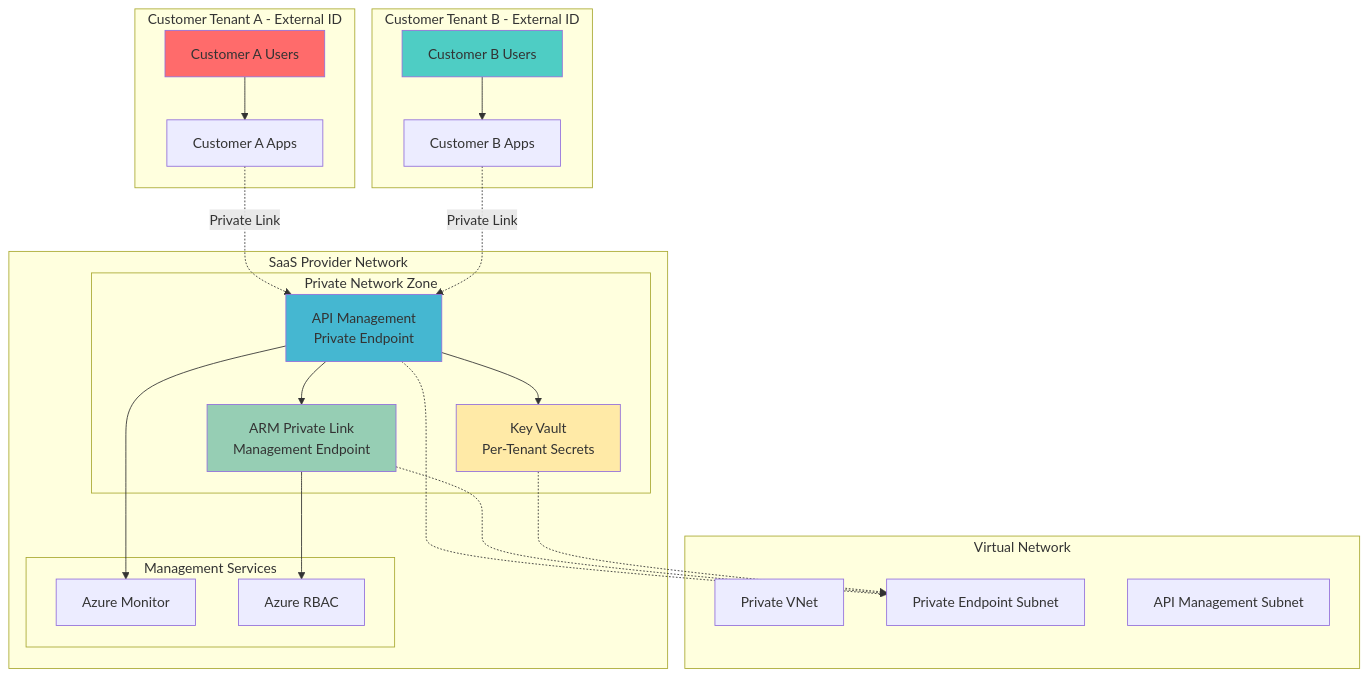
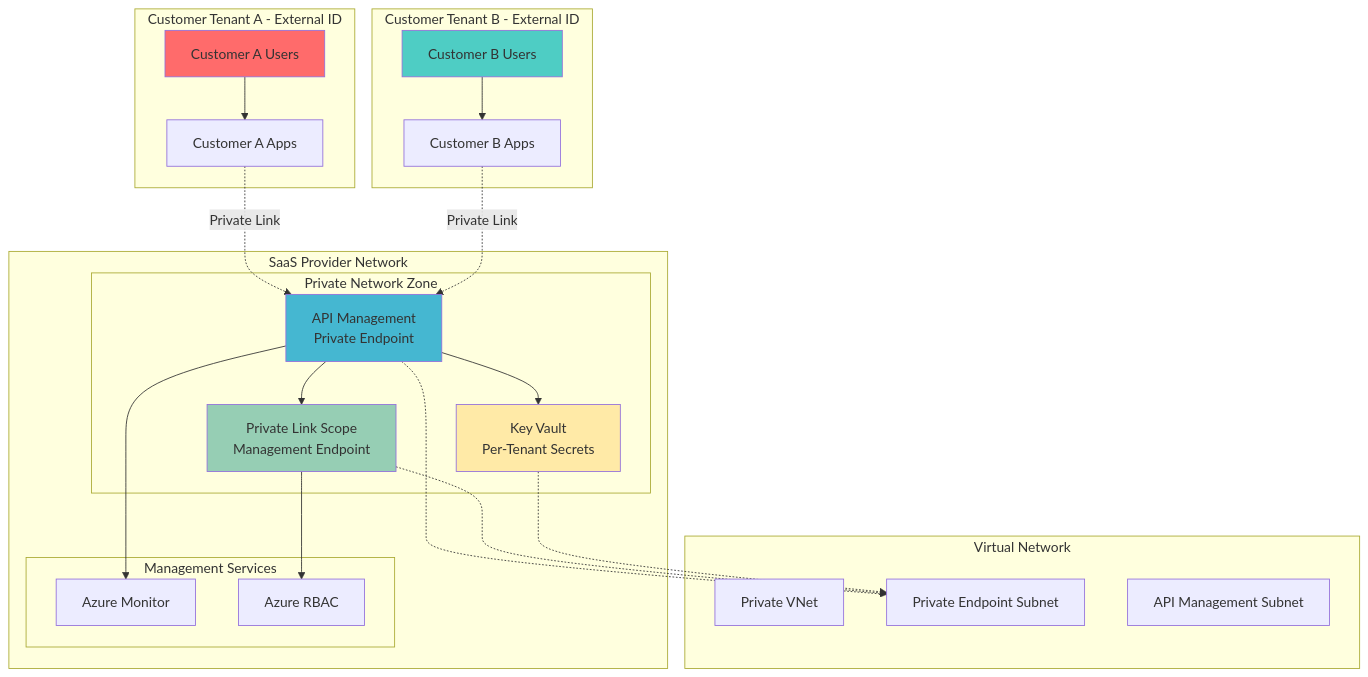
The diagram in azure/secure-multi-tenant-identity-isolation/secure-multi-tenant-identity-isolation.md (mzazon/awesome-cloud-projects), drawn with Mermaid before and after one commit. The commit also changed other lines of this file and 5581 other files, not shown here.

````diff
--- a/azure/secure-multi-tenant-identity-isolation/secure-multi-tenant-identity-isolation.md
+++ b/azure/secure-multi-tenant-identity-isolation/secure-multi-tenant-identity-isolation.md
@@ -30,50 +30,50 @@
 ```mermaid
 graph TB
     subgraph "Customer Tenant A - External ID"
         A_USERS[Customer A Users]
         A_APPS[Customer A Apps]
     end
     
     subgraph "Customer Tenant B - External ID"
         B_USERS[Customer B Users]
         B_APPS[Customer B Apps]
     end
     
     subgraph "SaaS Provider Network"
         subgraph "Private Network Zone"
             APIM[API Management<br/>Private Endpoint]
-            ARM_PE[ARM Private Link<br/>Management Endpoint]
+            PLS[Private Link Scope<br/>Management Endpoint]
             KV[Key Vault<br/>Per-Tenant Secrets]
         end
         
         subgraph "Management Services"
             MONITOR[Azure Monitor]
             RBAC[Azure RBAC]
         end
     end
     
     subgraph "Virtual Network"
         VNET[Private VNet]
         PE_SUBNET[Private Endpoint Subnet]
         APIM_SUBNET[API Management Subnet]
     end
     
     A_USERS --> A_APPS
     B_USERS --> B_APPS
     A_APPS -.->|Private Link| APIM
     B_APPS -.->|Private Link| APIM
-    APIM --> ARM_PE
+    APIM --> PLS
     APIM --> KV
-    ARM_PE --> RBAC
+    PLS --> RBAC
     APIM --> MONITOR
     
     APIM -.-> PE_SUBNET
-    ARM_PE -.-> PE_SUBNET
+    PLS -.-> PE_SUBNET
     KV -.-> PE_SUBNET
     
     style A_USERS fill:#FF6B6B
     style B_USERS fill:#4ECDC4
     style APIM fill:#45B7D1
-    style ARM_PE fill:#96CEB4
+    style PLS fill:#96CEB4
     style KV fill:#FFEAA7
 ```
````
